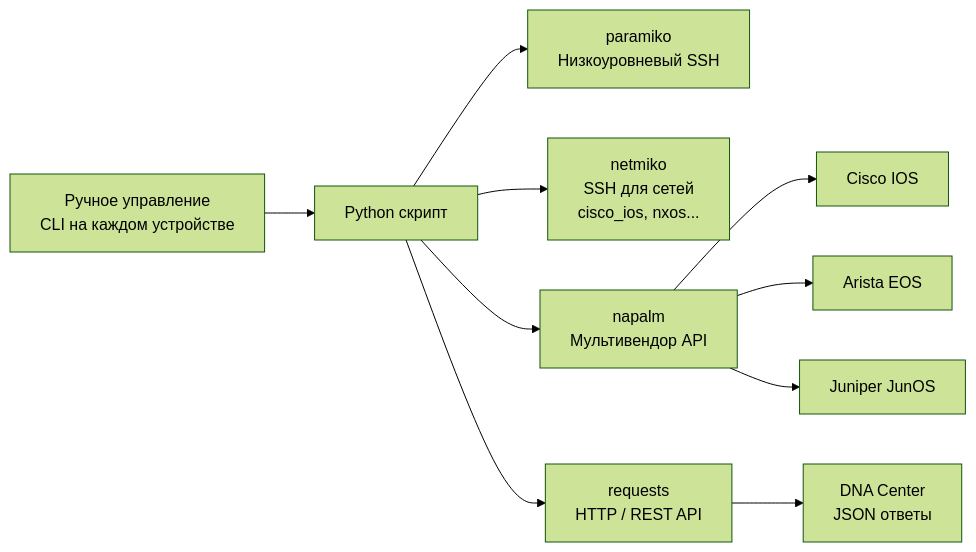
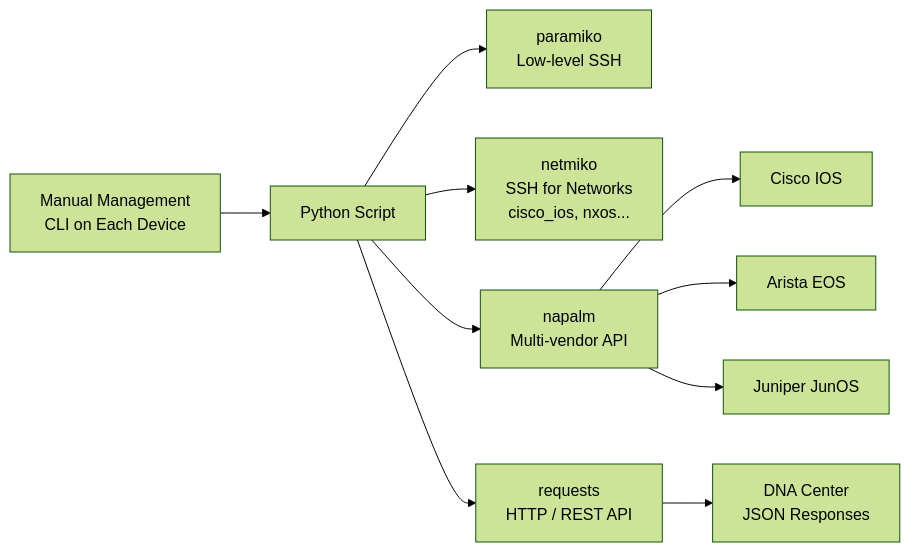
One commit to NickelFace/maks.top changed the diagram in content/posts/ccna/ccna-6-04-python-automation.md. Above: the diagram before and after it, drawn with Mermaid (forest theme). The commit also changed other lines of this file and 1 other file, not shown here.

````diff
--- a/content/posts/ccna/ccna-6-04-python-automation.md
+++ b/content/posts/ccna/ccna-6-04-python-automation.md
@@ -305,12 +305,12 @@
 ```mermaid
 flowchart LR
-    Manual["Ручное управление\nCLI на каждом устройстве"] --> Python["Python скрипт"]
-    Python --> Paramiko["paramiko\nНизкоуровневый SSH"]
-    Python --> Netmiko["netmiko\nSSH для сетей\ncisco_ios, nxos..."]
-    Python --> NAPALM["napalm\nМультивендор API"]
+    Manual["Manual Management\nCLI on Each Device"] --> Python["Python Script"]
+    Python --> Paramiko["paramiko\nLow-level SSH"]
+    Python --> Netmiko["netmiko\nSSH for Networks\ncisco_ios, nxos..."]
+    Python --> NAPALM["napalm\nMulti-vendor API"]
     Python --> Requests["requests\nHTTP / REST API"]
-    Requests --> DNA["DNA Center\nJSON ответы"]
+    Requests --> DNA["DNA Center\nJSON Responses"]
     NAPALM --> IOS["Cisco IOS"]
     NAPALM --> EOS["Arista EOS"]
     NAPALM --> JunOS["Juniper JunOS"]
 ```
````
